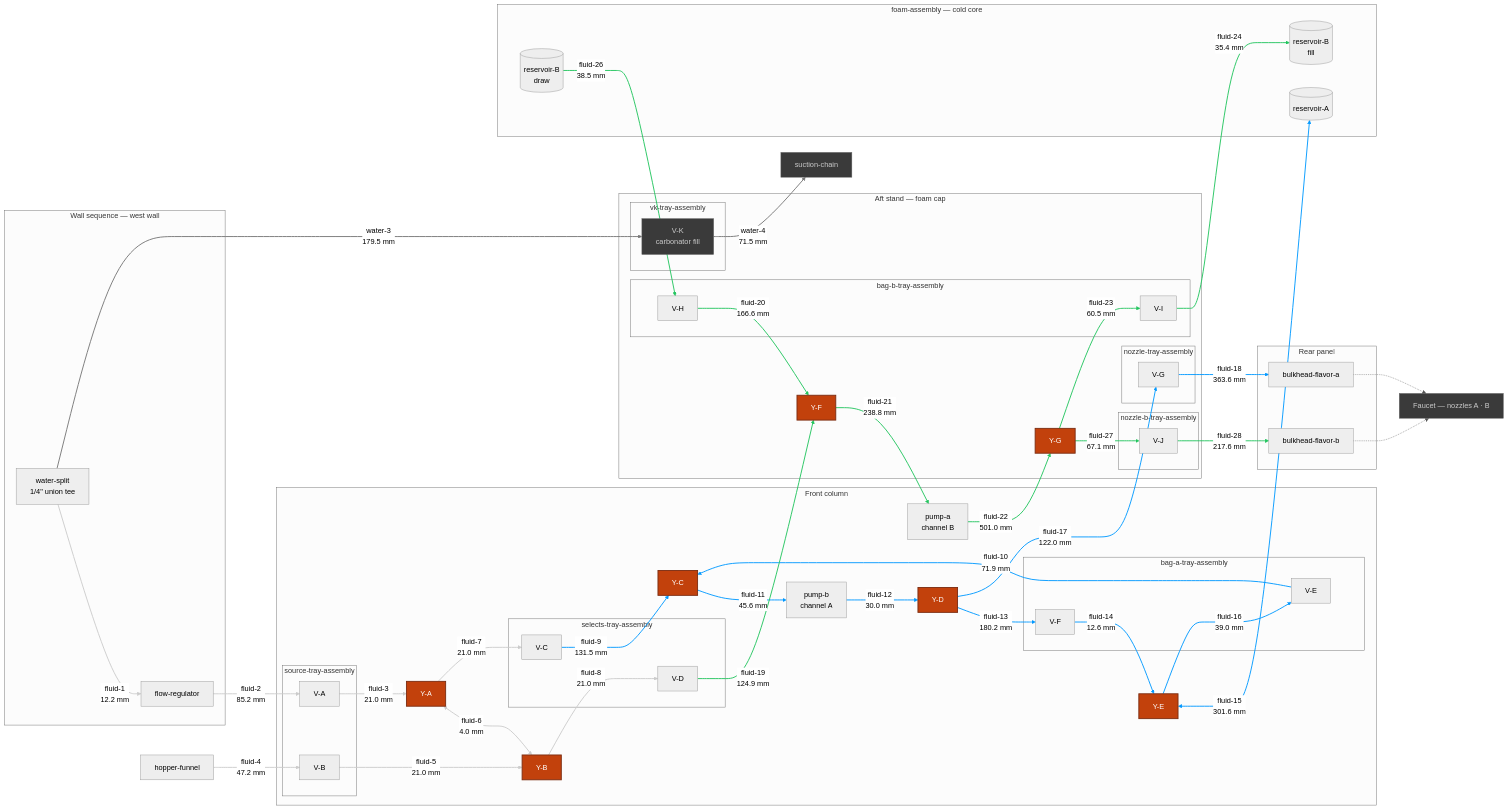
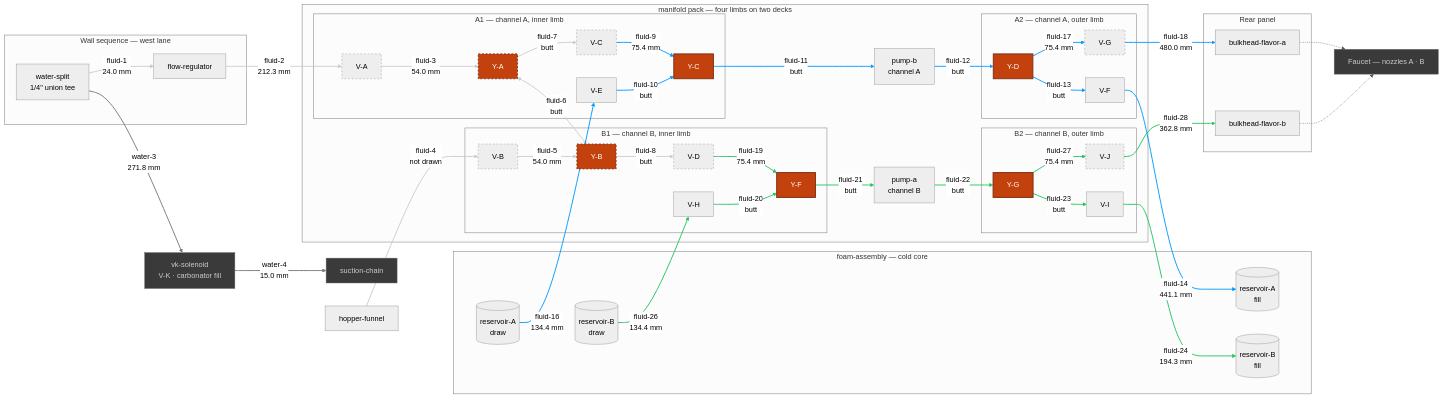
The diagram in hardware/topology/fluid-topology-manifold.mmd (derekbreden/homesodamachine), drawn with Mermaid (neutral theme) before and after one commit. The commit also changed 2 other files, not shown here.

Commit message:
topology: the three charts are drawn on the bodies front-half places — four limbs on two decks, and the CO2 climbing to a cap conduit
Every edge carries what the machine makes it out of, and the eight swept runs
carry their measured length. The gas enters by the back wall through the
DERPIPE, the GASHER check and the WR1110, and reaches the core at the top cap's
co2-in conduit — one of the seven that cap now stands.

```diff
--- a/hardware/topology/fluid-topology-manifold.mmd
+++ b/hardware/topology/fluid-topology-manifold.mmd
@@ -1,119 +1,99 @@
 flowchart LR
 
-  %% The complete flavor topology, drawn on the bodies the enclosure assembly actually
-  %% places. Every box is one placed part — a tray, a pump, a fitting, the cold core, a
-  %% panel bulkhead — and every edge is one authored tube run carrying its MEASURED
-  %% developed length, arcs included: the length of stock that run cuts.
+  %% The complete flavor topology, drawn on the bodies the front half actually places. Every box
+  %% is one placed body — a valve, a pump, a junction fitting, the cold core, a panel bulkhead —
+  %% and every edge is one connection, carrying what the machine makes it out of.
 
-  %% Source of truth: `enclosure-assembly/_lines.py`, which authors each run port to
-  %% port, and `_routing.Run.length`, which measures it off the built centreline.
-  %% `_fluid_topology_sync.py` writes every number below and gates every edge against
-  %% the built run — an edge whose two ends are not that run's two ends fails the gate.
+  %% Source of truth: `manifold-layout/front_half.py` places the pack,
+  %% `manifold-layout/_lines.py` authors every run BETWEEN placed bodies and `_routing.Run.length`
+  %% measures it off the built centreline, and `manifold-layout/manifold_layout.py` makes the
+  %% manifold's own interior. `_fluid_topology_sync.py` writes every number below and gates every
+  %% edge against the built segment — an edge whose two ends are not that segment's two ends fails
+  %% the gate.
 
-  %% The 27 flavor segments come to [2980.8 mm](FLUID_TOTAL) of 1/4" LLDPE, over
-  %% [66](FLUID_BENDS) bends. The longest is [fluid-22](LONGEST_ID) at
-  %% [501.0 mm](LONGEST_LEN); the shortest is [fluid-6](SHORTEST_ID) at
-  %% [4.0 mm](SHORTEST_LEN).
+  %% [26](SEGMENT_COUNT) flavor segments. [11](BUTT_COUNT) are collet butted to collet and carry
+  %% no tube at all; [8](DRAWN_COUNT) are swept runs between placed bodies; the rest are the
+  %% hinge's four hairpins and the source pair's two quarter-and-step turns. What is cut comes to
+  %% [2392.8 mm](FLUID_TOTAL) of 1/4" LLDPE over [36](FLUID_BENDS) corners, and the longest is
+  %% [fluid-18](LONGEST_ID) at [480.0 mm](LONGEST_LEN). [1](OPEN_COUNT) segment — the hopper's
+  %% gravity drain — is a mouth with nothing on the far end of it yet.
 
-  %% The valves ride seven printed trays in two stands and the seven junctions hang on
-  %% the collets they join, so every edge here is a cut length of tube. Colour is the
-  %% circuit: white the shared source chain (fluid-1 … fluid-8), blue channel A
-  %% (9 … 18), green channel B (19 … 28).
+  %% Colour is the circuit: white the shared source chain (fluid-1 … fluid-8), blue channel A
+  %% (9 … 18), green channel B (19 … 28). A dashed border is a body the fold carries onto the
+  %% upper deck.
 
-  %% Per-tray grouping without the endpoints is fluid-topology-trays.mmd; the water and
-  %% CO2 spine feeding the split, and the carbonator V-K gates, are
+  %% Per-limb grouping without the endpoints is fluid-topology-trays.mmd; the water and CO2 spine
+  %% feeding the split, and everything the carbonator dispenses through, are
   %% fluid-topology-carbonator.mmd.
 
   %% =========================
   %% Feeds
   %% =========================
-  %% The wall sequence — the west wall's own column, every mouth on the ASSE chain's
-  %% line. The split's supply side (rear bulkhead → ASSE 1022) is the carbonator chart's.
-  subgraph Wall["Wall sequence — west wall"]
+  %% The west lane's own column, every mouth on the ASSE chain's line. The split's supply side
+  %% (rear bulkhead → ASSE 1022) is the carbonator chart's.
+  subgraph Wall["Wall sequence — west lane"]
     Split["water-split<br/>1/4&quot; union tee"]
-    Reg["flow-regulator"]
+    FlowReg["flow-regulator"]
   end
 
-  %% The basin on the top-wall rim ledge behind the display facet, its spout standing on
-  %% V-B's own column: a gravity drain is the one line that cannot be routed around
-  %% anything, so the spout's column is fixed and the tray hangs off it.
+  %% The basin on the top-wall rim ledge behind the display facet. Its spout drains by gravity
+  %% onto V-B's inlet, which the fold turns to face the back of the machine.
   Hopper["hopper-funnel"]
 
   %% =========================
-  %% Front column
+  %% The flavour manifold
   %% =========================
-  %% The head column is three two-valve trays, one under the next, on the compressor
-  %% shroud's roof. Three is the column's whole depth. Both peristaltic pumps stand
-  %% forward of it, side by side across the machine. Y-A and Y-B stand in the junction
-  %% columns ahead of the source and selects pairs, Y-C and Y-D in the pump lane, Y-E
-  %% across the strip ahead of the bag-A pair.
-  subgraph Front["Front column"]
+  %% Four limbs, two decks. A limb is one lane: a line of valves and tees butted collet to collet,
+  %% front to back, hinged in the middle — everything forward of the hinge folded up and over onto
+  %% the deck above. Both pumps stand at the fold, each hanging out two lanes 57 mm apart with a
+  %% tee dropped on each barb by its branch. Channel A stands east of the mirror plane in the
+  %% machine and channel B west, the pack posed face down on the refrigeration stratum's crown.
+  subgraph Manifold["manifold pack — four limbs on two decks"]
 
-    subgraph TSrc["source-tray-assembly"]
+    subgraph LA1["A1 — channel A, inner limb"]
       VA["V-A"]
-      VB["V-B"]
+      YA["Y-A"]
+      VC["V-C"]
+      YC["Y-C"]
+      VE["V-E"]
     end
 
-    subgraph TSel["selects-tray-assembly"]
-      VC["V-C"]
-      VD["V-D"]
-    end
-
-    subgraph TBagA["bag-a-tray-assembly"]
-      VE["V-E"]
+    subgraph LA2["A2 — channel A, outer limb"]
+      VG["V-G"]
+      YD["Y-D"]
       VF["V-F"]
     end
 
-    YA["Y-A"]
-    YB["Y-B"]
-    YC["Y-C"]
-    YD["Y-D"]
-    YE["Y-E"]
+    subgraph LB1["B1 — channel B, inner limb"]
+      VB["V-B"]
+      YB["Y-B"]
+      VD["V-D"]
+      YF["Y-F"]
+      VH["V-H"]
+    end
+
+    subgraph LB2["B2 — channel B, outer limb"]
+      VJ["V-J"]
+      YG["Y-G"]
+      VI["V-I"]
+    end
 
     PB["pump-b<br/>channel A"]
     PA["pump-a<br/>channel B"]
   end
 
   %% =========================
-  %% Aft stand
-  %% =========================
-  %% Four trays on the foam cap, all on one storey, each bolted through its own mount
-  %% ears to the cap's deck-mount stations. The bag-B pair is the one PAIR up here and
-  %% so the one two-valve plate; the other three valves each stand alone on the family's
-  %% one-seat plate. Y-F stands over V-H's own column in the band above the plates, and
-  %% Y-G in the lane east of V-K's plate.
-  subgraph Aft["Aft stand — foam cap"]
-
-    subgraph TBagB["bag-b-tray-assembly"]
-      VH["V-H"]
-      VI["V-I"]
-    end
-
-    subgraph TNozA["nozzle-tray-assembly"]
-      VG["V-G"]
-    end
-
-    subgraph TVK["vk-tray-assembly"]
-      VK["V-K<br/>carbonator fill"]
-    end
-
-    subgraph TNozB["nozzle-b-tray-assembly"]
-      VJ["V-J"]
-    end
-
-    YF["Y-F"]
-    YG["Y-G"]
-  end
-
-  %% =========================
   %% Cold core, rear panel, and what leaves the box
   %% =========================
-  %% One line reaches each reservoir's port on the cold core's front face, and both the
-  %% fill and the draw ride it — which is what the two-headed edges say.
+  %% Four of the seven conduits in the core's top cap are this circuit's. Each reservoir is
+  %% FILLED ABOVE ITS LIQUID, through a bore in its own cap, and DRAWN FROM ITS TROUGH, off the
+  %% bulkhead at the bottom of its wet V — so everything entering has to cross the cavity to
+  %% leave, and the pair's two valves reach the two mouths directly.
   subgraph Core["foam-assembly — cold core"]
-    ResA[("reservoir-A")]
+    ResAFill[("reservoir-A<br/>fill")]
+    ResA[("reservoir-A<br/>draw")]
+    ResBFill[("reservoir-B<br/>fill")]
     ResB[("reservoir-B<br/>draw")]
-    ResBFill[("reservoir-B<br/>fill")]
   end
 
   subgraph Panel["Rear panel"]
@@ -121,102 +101,100 @@
     BhB["bulkhead-flavor-b"]
   end
 
+  VK["vk-solenoid<br/>V-K &middot; carbonator fill"]
   SuctChain["suction-chain"]
   Faucet["Faucet — nozzles A &middot; B"]
 
   %% =========================
   %% Shared source chain — fluid-1 … fluid-8
   %% =========================
-  %% Y-A and Y-B are the selects-source junction and the lane each takes is a COLUMN:
-  %% the source pair stands in the selects pair's own two seats one stack pitch up, so
-  %% each Tee's run falls straight down one column and the two branches face each other
-  %% across fluid-6, which puts all four ports on one hydraulic node.
-  Split -->|"fluid-1<br/>12.2 mm"| Reg
-  Reg -->|"fluid-2<br/>85.2 mm"| VA
-  VA -->|"fluid-3<br/>21.0 mm"| YA
-  Hopper -->|"fluid-4<br/>47.2 mm"| VB
-  VB -->|"fluid-5<br/>21.0 mm"| YB
-  YA <-->|"fluid-6<br/>4.0 mm"| YB
-  YA -->|"fluid-7<br/>21.0 mm"| VC
-  YB -->|"fluid-8<br/>21.0 mm"| VD
+  %% Y-A and Y-B stand on the inner limbs' own axes, one valve forward of the selects they feed,
+  %% with their branches meeting face to face across the mirror plane. V-A and V-B come off the
+  %% folded deck's plane on a quarter turn and then step 28 mm along and 14 mm across, toward the
+  %% cold core's crown.
+  Split -->|"fluid-1<br/>24.0 mm"| FlowReg
+  FlowReg -->|"fluid-2<br/>212.3 mm"| VA
+  VA -->|"fluid-3<br/>54.0 mm"| YA
+  Hopper -->|"fluid-4<br/>not drawn"| VB
+  VB -->|"fluid-5<br/>54.0 mm"| YB
+  YA <-->|"fluid-6<br/>butt"| YB
+  YA -->|"fluid-7<br/>butt"| VC
+  YB -->|"fluid-8<br/>butt"| VD
 
   %% =========================
   %% Channel A — fluid-9 … fluid-18
   %% =========================
-  %% Channel A's pump and both its junctions stand in the front column, so the whole row
-  %% is flat: Y-C's and Y-D's runs lie along the pump lane on the bag-A pair's own port
-  %% plane and only their branches change level — fluid-9 falling a stack pitch in from
-  %% the selects pair, fluid-17 climbing a storey and a half to the nozzle gate aloft.
-  VC -->|"fluid-9<br/>131.5 mm"| YC
-  VE -->|"fluid-10<br/>71.9 mm"| YC
-  YC -->|"fluid-11<br/>45.6 mm"| PB
-  PB -->|"fluid-12<br/>30.0 mm"| YD
-  YD -->|"fluid-13<br/>180.2 mm"| VF
-  VF -->|"fluid-14<br/>12.6 mm"| YE
-  YE <-->|"fluid-15<br/>301.6 mm"| ResA
-  YE -->|"fluid-16<br/>39.0 mm"| VE
-  YD -->|"fluid-17<br/>122.0 mm"| VG
-  VG -->|"fluid-18<br/>363.6 mm"| BhA
+  %% Y-C and Y-D sit on pump B's two barbs, branch down, at the hinge. fluid-9 and fluid-17 are
+  %% the two hairpins that cross it — a quarter of R14, 31.4 mm of straight, and a quarter back.
+  %% Everything else along the limbs is butted.
+  VC -->|"fluid-9<br/>75.4 mm"| YC
+  VE -->|"fluid-10<br/>butt"| YC
+  YC -->|"fluid-11<br/>butt"| PB
+  PB -->|"fluid-12<br/>butt"| YD
+  YD -->|"fluid-13<br/>butt"| VF
+  VF -->|"fluid-14<br/>441.1 mm"| ResAFill
+  ResA -->|"fluid-16<br/>134.4 mm"| VE
+  YD -->|"fluid-17<br/>75.4 mm"| VG
+  VG -->|"fluid-18<br/>480.0 mm"| BhA
 
   %% =========================
   %% Channel B — fluid-19 … fluid-28
   %% =========================
-  %% Channel B's pump stands in the front column and both its junctions aloft, so
-  %% fluid-21 and fluid-22 cross a storey and a half whatever they leave by. They cross
-  %% the deck on OPPOSITE strata and pass the head column on OPPOSITE sides — the inlet
-  %% over the electronics shelf and down the collet band, the outlet over the water deck
-  %% and up the tray-east lane — so neither owes the other any separation. It is why the
-  %% two longest flavor runs in the machine are this channel's.
-  VD -->|"fluid-19<br/>124.9 mm"| YF
-  VH -->|"fluid-20<br/>166.6 mm"| YF
-  YF -->|"fluid-21<br/>238.8 mm"| PA
-  PA -->|"fluid-22<br/>501.0 mm"| YG
-  YG -->|"fluid-23<br/>60.5 mm"| VI
-  VI -->|"fluid-24<br/>35.4 mm"| ResBFill
-  ResB -->|"fluid-26<br/>38.5 mm"| VH
-  YG -->|"fluid-27<br/>67.1 mm"| VJ
-  VJ -->|"fluid-28<br/>217.6 mm"| BhB
+  %% Channel B mirrors channel A about x = 0. Y-F and Y-G sit on pump A's barbs, fluid-19 and
+  %% fluid-27 are its two hairpins, and the four gate mouths — fills and draws both — leave on
+  %% their own axes off the lower deck.
+  VD -->|"fluid-19<br/>75.4 mm"| YF
+  VH -->|"fluid-20<br/>butt"| YF
+  YF -->|"fluid-21<br/>butt"| PA
+  PA -->|"fluid-22<br/>butt"| YG
+  YG -->|"fluid-23<br/>butt"| VI
+  VI -->|"fluid-24<br/>194.3 mm"| ResBFill
+  ResB -->|"fluid-26<br/>134.4 mm"| VH
+  YG -->|"fluid-27<br/>75.4 mm"| VJ
+  VJ -->|"fluid-28<br/>362.8 mm"| BhB
 
   %% =========================
-  %% V-K's own two runs — the carbonator circuit, on this stand
+  %% V-K's own two runs — the carbonator circuit, through this bay
   %% =========================
-  %% V-K gates the carbonator fill off the same split fluid-1 leaves. It stands on the
-  %% aft stand's middle plate, and water-4 is what fluid-27 crosses over on its way out
-  %% of the bay.
-  Split -->|"water-3<br/>179.5 mm"| VK
-  VK -->|"water-4<br/>71.5 mm"| SuctChain
+  %% V-K gates the carbonator fill off the same split fluid-1 leaves. It stands on the cold core's
+  %% crown, east of the SeaFlo, and water-3 is the one run in the front half that crosses the whole
+  %% machine — the split is in the west lane, V-K is on the east, and its inlet faces forward.
+  Split -->|"water-3<br/>271.8 mm"| VK
+  VK -->|"water-4<br/>15.0 mm"| SuctChain
 
   %% =========================
   %% Beyond the box
   %% =========================
-  %% The two flavor bulkheads are where the enclosure's runs END. The nozzles are out on
-  %% the faucet, down the umbilical, which no run in this pack carries.
+  %% The two flavor bulkheads are where this pack's runs END. The nozzles are out on the faucet,
+  %% down the umbilical, which no run here carries.
   BhA -.-> Faucet
   BhB -.-> Faucet
 
-  %% Circuit colours. Mermaid numbers links by DECLARATION ORDER, so every index below is
-  %% a count of the edges above it and not an authorship — `_fluid_topology_sync.py`
-  %% writes each list off the parsed edge order and each edge's own route id, and the
-  %% style after it is this chart's. The `(group:NAME)` in each comment is what tells the
-  %% driver which line takes which list.
+  %% Circuit colours. Mermaid numbers links by DECLARATION ORDER, so every index below is a count
+  %% of the edges above it and not an authorship — `_fluid_topology_sync.py` writes each list off
+  %% the parsed edge order and each edge's own route id, and the style after it is this chart's.
+  %% The `(group:NAME)` in each comment is what tells the driver which line takes which list.
   %% Shared source chain (group:shared) — white.
   linkStyle 0,1,2,3,4,5,6,7 stroke:#ccc,stroke-width:2px
   %% Channel A (group:channel-a) — blue.
-  linkStyle 8,9,10,11,12,13,14,15,16,17 stroke:#09f,stroke-width:2px
+  linkStyle 8,9,10,11,12,13,14,15,16 stroke:#09f,stroke-width:2px
   %% Channel B (group:channel-b) — green.
-  linkStyle 18,19,20,21,22,23,24,25,26 stroke:#22c55e,stroke-width:2px
-  %% The carbonator circuit's two runs through this stand (group:carbonator) — grey.
-  linkStyle 27,28 stroke:#777,stroke-width:2px
+  linkStyle 17,18,19,20,21,22,23,24,25 stroke:#22c55e,stroke-width:2px
+  %% The carbonator circuit's two runs through this bay (group:carbonator) — grey.
+  linkStyle 26,27 stroke:#777,stroke-width:2px
   %% Outside the pack (group:outside) — no run carries it.
-  linkStyle 29,30 stroke:#555,stroke-width:1px
+  linkStyle 28,29 stroke:#555,stroke-width:1px
 
-  %% Junction fittings. All seven are PP0208E TEES: an in-line RUN, which is one straight
-  %% lane through the fitting shared by two of its three ports, and a BRANCH, the leg that
-  %% leaves that lane and so the only leg at a Tee that changes level. Six of them reach
-  %% between trays or between a tray and a pump; Y-E joins one pair, standing ACROSS the
-  %% strip ahead of them. fluid-topology.md "Junctions" carries what the pose follows from.
+  %% Junction fittings. All six are PP0208E TEES: an in-line RUN, one straight lane through the
+  %% fitting shared by two of its three ports, and a BRANCH, the leg that leaves that lane. Y-A
+  %% and Y-B stand on a limb's own axis with their branches across the mirror plane; the other
+  %% four sit on a pump barb by the branch, putting their runs across the head's face. Neither
+  %% reservoir has one. fluid-topology.md "Junctions" carries where each port goes.
   classDef tee fill:#c2410c,stroke:#7c2d12,color:#ffffff,stroke-width:2px;
-  class YA,YB,YC,YD,YE,YF,YG tee;
+  class YA,YB,YC,YD,YF,YG tee;
+  %% The bodies forward of the hinge, which the fold carries up onto the second deck.
+  classDef upper stroke-dasharray:4;
+  class VA,VB,VC,VD,VG,VJ,YA,YB upper;
   %% Not the flavor manifold's — the carbonator's valve, and the pack's edge.
   classDef offcircuit fill:#3a3a3a,stroke:#666,color:#cccccc,stroke-width:1px;
   class VK,SuctChain,Faucet offcircuit;
```
